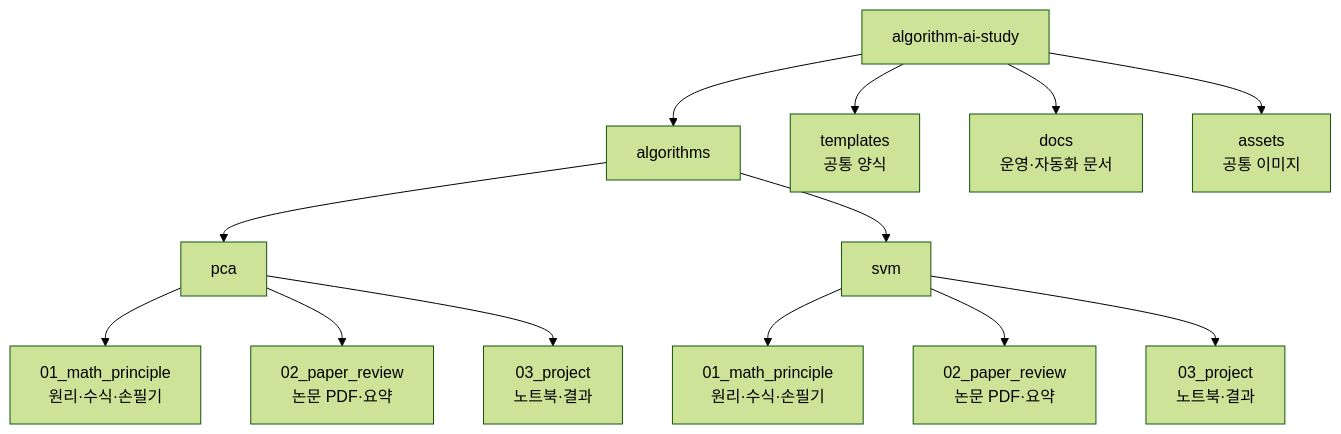
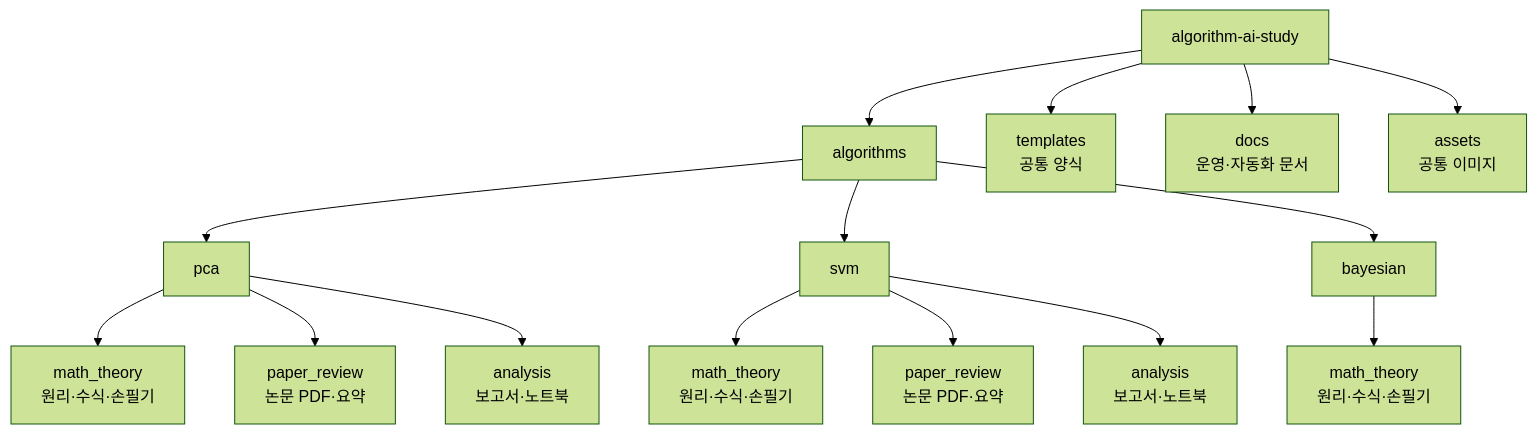
Before and after one commit to JHPark-kor/ai-study: the diagram in README.md, drawn with Mermaid (forest theme). The commit also changed other lines of this file, not shown here.

````diff
--- a/README.md
+++ b/README.md
@@ -21,20 +33,23 @@
 ```mermaid
 flowchart TD
   R["algorithm-ai-study"]
 
   R --> A["algorithms"]
   A --> PCA["pca"]
   A --> SVM["svm"]
+  A --> BAYESIAN["bayesian"]
 
-  PCA --> PCA1["01_math_principle<br/>원리·수식·손필기"]
-  PCA --> PCA2["02_paper_review<br/>논문 PDF·요약"]
-  PCA --> PCA3["03_project<br/>노트북·결과"]
+  PCA --> PCA1["math_theory<br/>원리·수식·손필기"]
+  PCA --> PCA2["paper_review<br/>논문 PDF·요약"]
+  PCA --> PCA3["analysis<br/>보고서·노트북"]
 
-  SVM --> SVM1["01_math_principle<br/>원리·수식·손필기"]
-  SVM --> SVM2["02_paper_review<br/>논문 PDF·요약"]
-  SVM --> SVM3["03_project<br/>노트북·결과"]
+  SVM --> SVM1["math_theory<br/>원리·수식·손필기"]
+  SVM --> SVM2["paper_review<br/>논문 PDF·요약"]
+  SVM --> SVM3["analysis<br/>보고서·노트북"]
+
+  BAYESIAN --> BAYESIAN1["math_theory<br/>원리·수식·손필기"]
 
   R --> T["templates<br/>공통 양식"]
   R --> D["docs<br/>운영·자동화 문서"]
   R --> AS["assets<br/>공통 이미지"]
 ```
````
